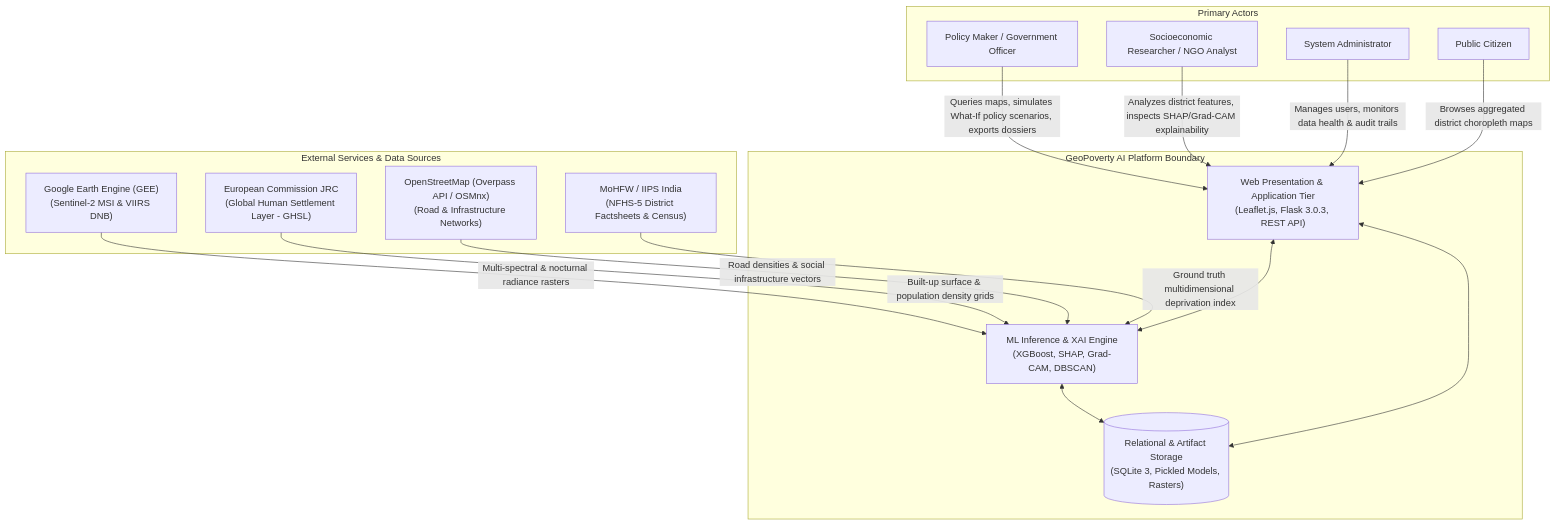
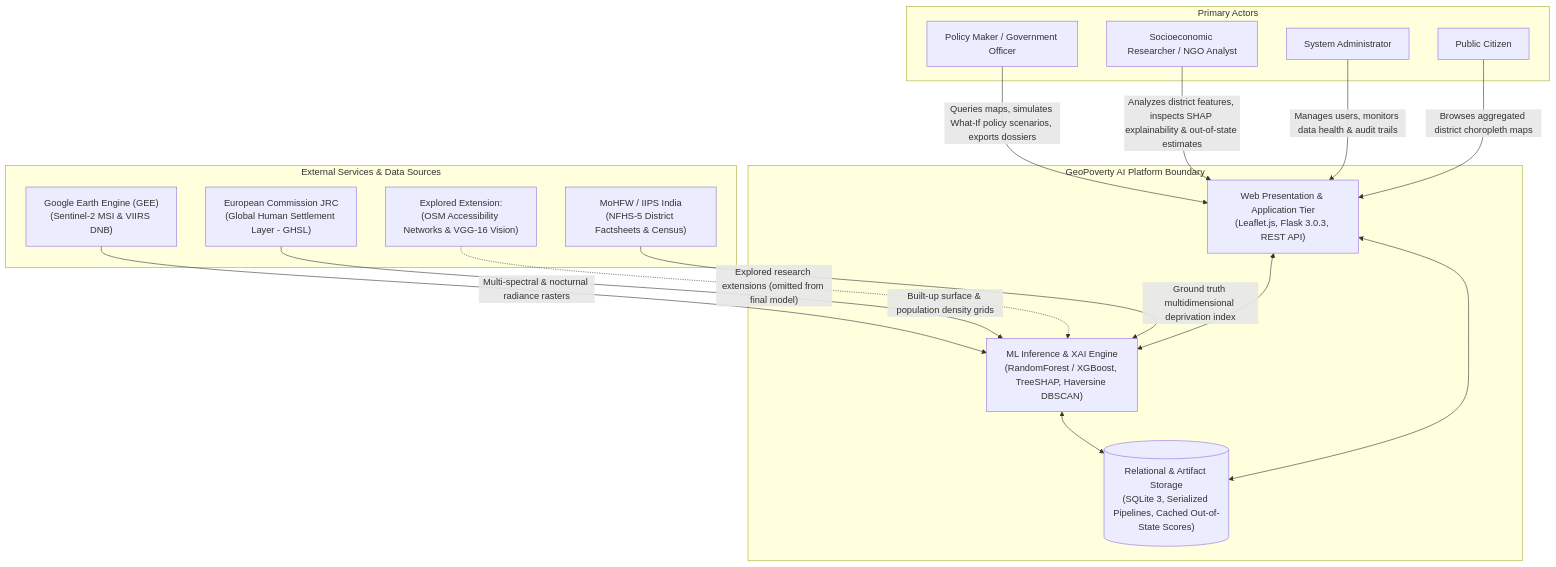
One commit to ditheshshettigar00-jpg/GeoPovertyAI changed the first of 7 diagrams in documentation/SOFTWARE_DESIGN_SPECIFICATION.md. Above: the diagram before and after it, drawn with Mermaid. The commit also changed other lines of this file and 133 other files, not shown here.

````diff
--- a/documentation/SOFTWARE_DESIGN_SPECIFICATION.md
+++ b/documentation/SOFTWARE_DESIGN_SPECIFICATION.md
@@ -54,35 +57,35 @@
 ```mermaid
 flowchart TB
     subgraph External_Actors["Primary Actors"]
         A1["Policy Maker / Government Officer"]
         A2["Socioeconomic Researcher / NGO Analyst"]
         A3["System Administrator"]
         A4["Public Citizen"]
     end
 
     subgraph Core_Application["GeoPoverty AI Platform Boundary"]
         APP["Web Presentation & Application Tier<br/>(Leaflet.js, Flask 3.0.3, REST API)"]
-        ENG["ML Inference & XAI Engine<br/>(XGBoost, SHAP, Grad-CAM, DBSCAN)"]
-        DB[("Relational & Artifact Storage<br/>(SQLite 3, Pickled Models, Rasters)")]
+        ENG["ML Inference & XAI Engine<br/>(RandomForest / XGBoost, TreeSHAP, Haversine DBSCAN)"]
+        DB[("Relational & Artifact Storage<br/>(SQLite 3, Serialized Pipelines, Cached Out-of-State Scores)")]
         APP <--> ENG
         ENG <--> DB
         APP <--> DB
     end
 
     subgraph External_Data_Sources["External Services & Data Sources"]
         S1["Google Earth Engine (GEE)<br/>(Sentinel-2 MSI & VIIRS DNB)"]
         S2["European Commission JRC<br/>(Global Human Settlement Layer - GHSL)"]
-        S3["OpenStreetMap (Overpass API / OSMnx)<br/>(Road & Infrastructure Networks)"]
+        S3["Explored Extension:<br/>(OSM Accessibility Networks & VGG-16 Vision)"]
         S4["MoHFW / IIPS India<br/>(NFHS-5 District Factsheets & Census)"]
     end
 
     A1 -->|"Queries maps, simulates What-If policy scenarios, exports dossiers"| APP
-    A2 -->|"Analyzes district features, inspects SHAP/Grad-CAM explainability"| APP
+    A2 -->|"Analyzes district features, inspects SHAP explainability & out-of-state estimates"| APP
     A3 -->|"Manages users, monitors data health & audit trails"| APP
     A4 -->|"Browses aggregated district choropleth maps"| APP
 
     S1 -->|"Multi-spectral & nocturnal radiance rasters"| ENG
     S2 -->|"Built-up surface & population density grids"| ENG
-    S3 -->|"Road densities & social infrastructure vectors"| ENG
+    S3 -.->|"Explored research extensions (omitted from final model)"| ENG
     S4 -->|"Ground truth multidimensional deprivation index"| ENG
 ```
````
